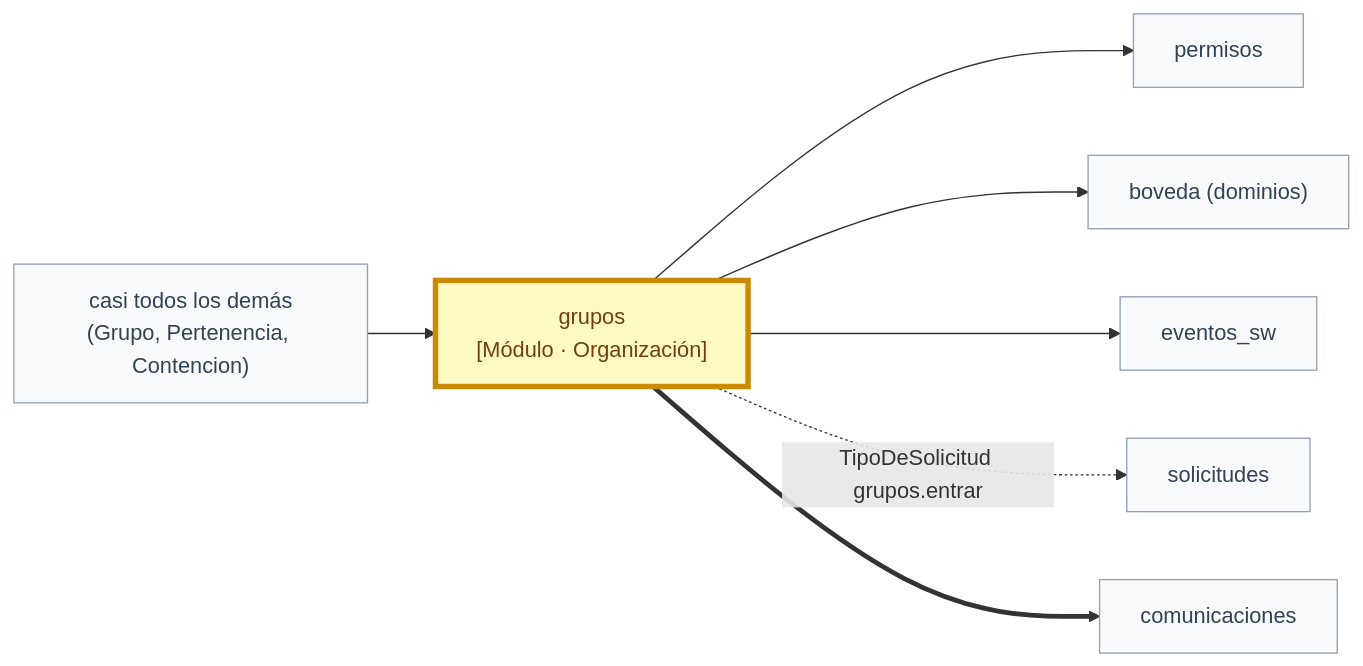
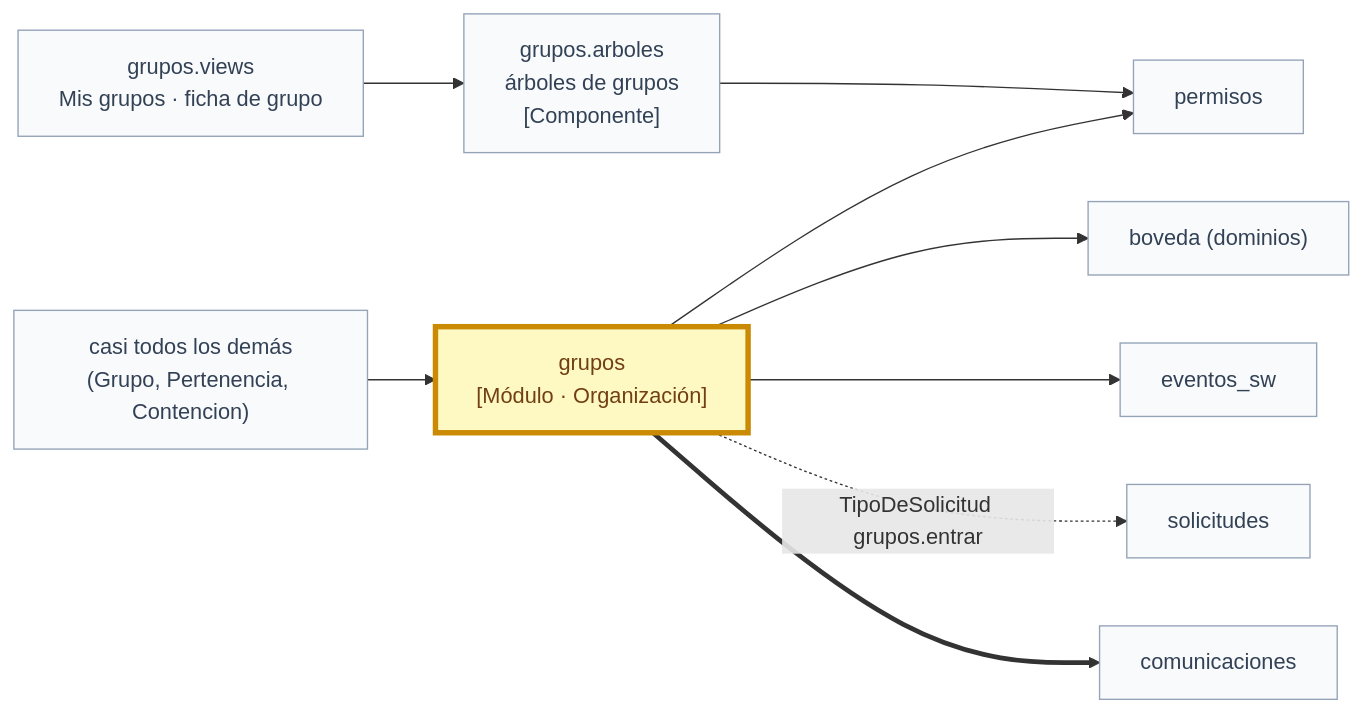
One commit to chemabc/groupy changed diagram 11 of 34 in docs/arquitectura.md. Above: the diagram before and after it, drawn with Mermaid. The commit also changed other lines of this file and 14 other files, not shown here.

First line of the commit message:
Árboles de grupos: componente común en «Mis grupos» y en la ficha de grupo

````diff
--- a/docs/arquitectura.md
+++ b/docs/arquitectura.md
@@ -375,18 +377,22 @@
 ```mermaid
 flowchart LR
   classDef yo fill:#fef9c3,stroke:#ca8a04,stroke-width:4px,color:#713f12
   classDef otro fill:#f8fafc,stroke:#94a3b8,color:#334155
   gru["grupos<br/>[Módulo · Organización]"]:::yo
   per["permisos"]:::otro
   bov["boveda (dominios)"]:::otro
   esw["eventos_sw"]:::otro
   sol["solicitudes"]:::otro
   com["comunicaciones"]:::otro
   casi["casi todos los demás<br/>(Grupo, Pertenencia, Contencion)"]:::otro
+  arb["grupos.arboles<br/>árboles de grupos<br/>[Componente]"]:::otro
+  vis["grupos.views<br/>Mis grupos · ficha de grupo"]:::otro
+  vis --> arb
+  arb --> per
   gru --> per
   gru --> bov
   gru --> esw
   gru -. "TipoDeSolicitud grupos.entrar" .-> sol
   gru ==> com
   casi --> gru
 ```
````
